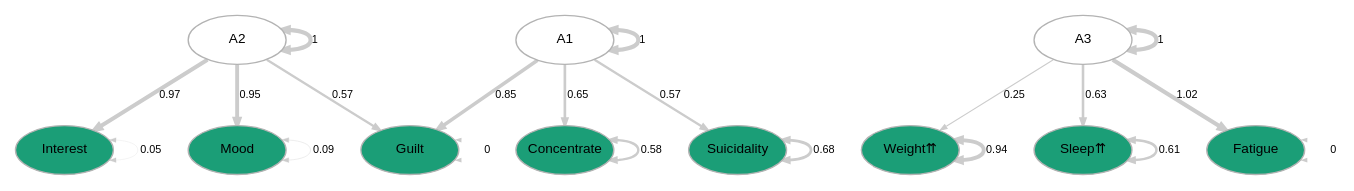
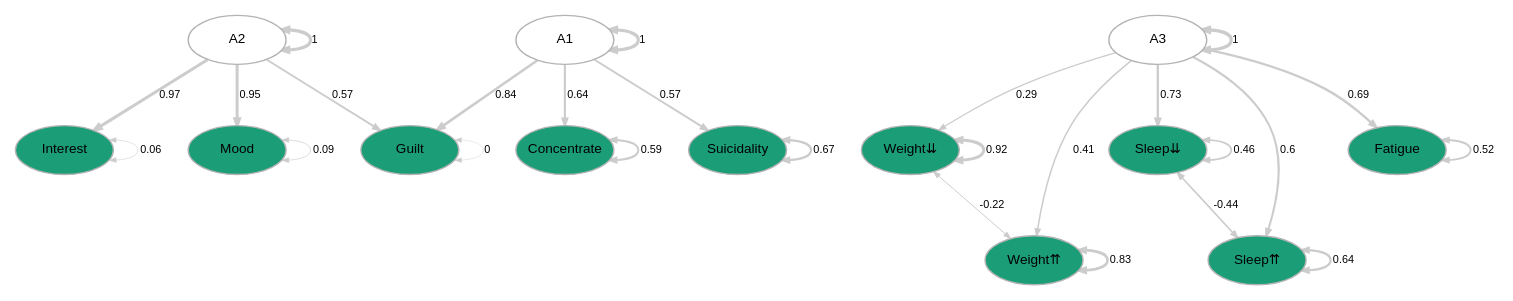
Before and after one commit to ccbs-stradl/mdd-symptom-gwas: the diagram in mdd-symptom-gsem_files/ukb_cidi_kendler_neale_orth.gv, drawn with Graphviz. The commit also changed 13 other files, not shown here.

Commit message:
Function to manipulate graphviz node layout ranks

```diff
--- a/mdd-symptom-gsem_files/ukb_cidi_kendler_neale_orth.gv
+++ b/mdd-symptom-gsem_files/ukb_cidi_kendler_neale_orth.gv
@@ -1,55 +1,63 @@
 digraph {
 
 graph [layout = "dot",
        rankdir = "TB",
        outputorder = "edgesfirst",
        bgcolor = "white"]
 
 node [fontname = "Helvetica",
       fontsize = "10",
       shape = "circle",
       fixedsize = "true",
       width = "0.5",
       style = "filled",
       fillcolor = "aliceblue",
       color = "gray70",
       fontcolor = "gray50"]
 
 edge [fontname = "Helvetica",
      fontsize = "8",
      len = "1.5",
      color = "gray80",
      arrowsize = "0.5"]
 
   "1" [label = "A1", shape = "oval", width = "1", fillcolor = "white", fontcolor = "black"] 
   "2" [label = "A2", shape = "oval", width = "1", fillcolor = "white", fontcolor = "black"] 
   "3" [label = "A3", shape = "oval", width = "1", fillcolor = "white", fontcolor = "black"] 
   "4" [label = "Mood", shape = "oval", width = "1", fillcolor = "#1b9e77", fontcolor = "black"] 
   "5" [label = "Interest", shape = "oval", width = "1", fillcolor = "#1b9e77", fontcolor = "black"] 
-  "6" [label = "Weight⇈", shape = "oval", width = "1", fillcolor = "#1b9e77", fontcolor = "black"] 
-  "7" [label = "Sleep⇈", shape = "oval", width = "1", fillcolor = "#1b9e77", fontcolor = "black"] 
-  "8" [label = "Fatigue", shape = "oval", width = "1", fillcolor = "#1b9e77", fontcolor = "black"] 
-  "9" [label = "Guilt", shape = "oval", width = "1", fillcolor = "#1b9e77", fontcolor = "black"] 
-  "10" [label = "Concentrate", shape = "oval", width = "1", fillcolor = "#1b9e77", fontcolor = "black"] 
-  "11" [label = "Suicidality", shape = "oval", width = "1", fillcolor = "#1b9e77", fontcolor = "black"] 
-"1"->"1" [label = "1", penwidth = "3", dir = "both"] 
-"1"->"9" [label = "0.85", penwidth = "2.53563788781856", dir = "forward"] 
-"1"->"10" [label = "0.65", penwidth = "1.94503644397938", dir = "forward"] 
-"1"->"11" [label = "0.57", penwidth = "1.70985358573493", dir = "forward"] 
-"2"->"2" [label = "1", penwidth = "3", dir = "both"] 
-"2"->"4" [label = "0.95", penwidth = "2.86079578445163", dir = "forward"] 
-"2"->"5" [label = "0.97", penwidth = "2.92084894954738", dir = "forward"] 
-"2"->"9" [label = "0.57", penwidth = "1.70535947365613", dir = "forward"] 
-"3"->"3" [label = "1", penwidth = "3", dir = "both"] 
-"3"->"6" [label = "0.25", penwidth = "0.763877789421455", dir = "forward"] 
-"3"->"7" [label = "0.63", penwidth = "1.87828603424745", dir = "forward"] 
-"3"->"8" [label = "1.02", penwidth = "3.06245211331807", dir = "forward"] 
-"4"->"4" [label = "0.09", penwidth = "0.271950819115332", dir = "both"] 
-"5"->"5" [label = "0.05", penwidth = "0.156214887022649", dir = "both"] 
-"6"->"6" [label = "0.94", penwidth = "2.8055051549425", dir = "both"] 
-"7"->"7" [label = "0.61", penwidth = "1.82397358176609", dir = "both"] 
-"8"->"8" [label = "0", penwidth = "0.00300278495315029", dir = "both"] 
-"9"->"9" [label = "0", penwidth = "0.00300061899314795", dir = "both"] 
-"10"->"10" [label = "0.58", penwidth = "1.7389153079133", dir = "both"] 
-"11"->"11" [label = "0.68", penwidth = "2.02547028350552", dir = "both"] 
+  "6" [label = "Weight⇊", shape = "oval", width = "1", fillcolor = "#1b9e77", fontcolor = "black"] 
+  "7" [label = "Weight⇈", shape = "oval", width = "1", fillcolor = "#1b9e77", fontcolor = "black"] 
+  "8" [label = "Sleep⇊", shape = "oval", width = "1", fillcolor = "#1b9e77", fontcolor = "black"] 
+  "9" [label = "Sleep⇈", shape = "oval", width = "1", fillcolor = "#1b9e77", fontcolor = "black"] 
+  "10" [label = "Fatigue", shape = "oval", width = "1", fillcolor = "#1b9e77", fontcolor = "black"] 
+  "11" [label = "Guilt", shape = "oval", width = "1", fillcolor = "#1b9e77", fontcolor = "black"] 
+  "12" [label = "Concentrate", shape = "oval", width = "1", fillcolor = "#1b9e77", fontcolor = "black"] 
+  "13" [label = "Suicidality", shape = "oval", width = "1", fillcolor = "#1b9e77", fontcolor = "black"] 
+"1"->"1" [label = "1", penwidth = "2.3", dir = "both"] 
+"1"->"11" [label = "0.84", penwidth = "1.9848206598672", dir = "forward"] 
+"1"->"12" [label = "0.64", penwidth = "1.58285741489531", dir = "forward"] 
+"1"->"13" [label = "0.57", penwidth = "1.4463261076789", dir = "forward"] 
+"2"->"2" [label = "1", penwidth = "2.3", dir = "both"] 
+"2"->"4" [label = "0.95", penwidth = "2.20458056702831", dir = "forward"] 
+"2"->"5" [label = "0.97", penwidth = "2.24416110995992", dir = "forward"] 
+"2"->"11" [label = "0.57", penwidth = "1.43827860067119", dir = "forward"] 
+"3"->"3" [label = "1", penwidth = "2.3", dir = "both"] 
+"3"->"6" [label = "0.29", penwidth = "0.873189153507405", dir = "forward"] 
+"3"->"7" [label = "0.41", penwidth = "1.1210206310013", dir = "forward"] 
+"3"->"8" [label = "0.73", penwidth = "1.76476587293189", dir = "forward"] 
+"3"->"9" [label = "0.6", penwidth = "1.4963617696154", dir = "forward"] 
+"3"->"10" [label = "0.69", penwidth = "1.68170044677146", dir = "forward"] 
+"4"->"4" [label = "0.09", penwidth = "0.486284860452994", dir = "both"] 
+"5"->"5" [label = "0.06", penwidth = "0.410119859203763", dir = "both"] 
+"6"->"6" [label = "0.92", penwidth = "2.13572761763516", dir = "both"] 
+"6"->"7" [label = "-0.22", penwidth = "0.733104178017547", dir = "both"] 
+"7"->"7" [label = "0.83", penwidth = "1.96296413066634", dir = "both"] 
+"8"->"8" [label = "0.46", penwidth = "1.22722978515392", dir = "both"] 
+"8"->"9" [label = "-0.44", penwidth = "1.17361235174349", dir = "both"] 
+"9"->"9" [label = "0.64", penwidth = "1.58436046859584", dir = "both"] 
+"10"->"10" [label = "0.52", penwidth = "1.34545285348228", dir = "both"] 
+"11"->"11" [label = "0", penwidth = "0.301999564172706", dir = "both"] 
+"12"->"12" [label = "0.59", penwidth = "1.47710022931135", dir = "both"] 
+"13"->"13" [label = "0.67", penwidth = "1.64293901120098", dir = "both"] 
 }
```
